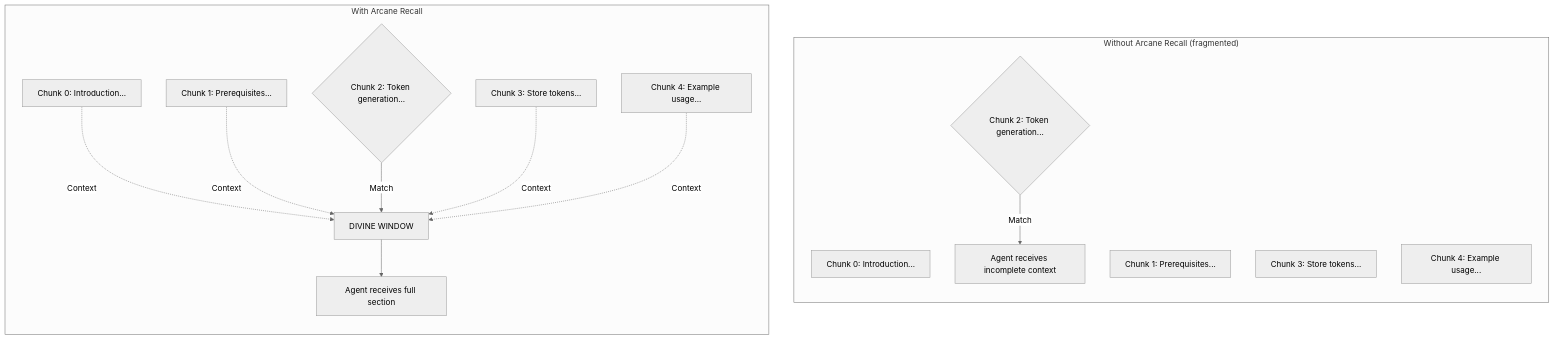
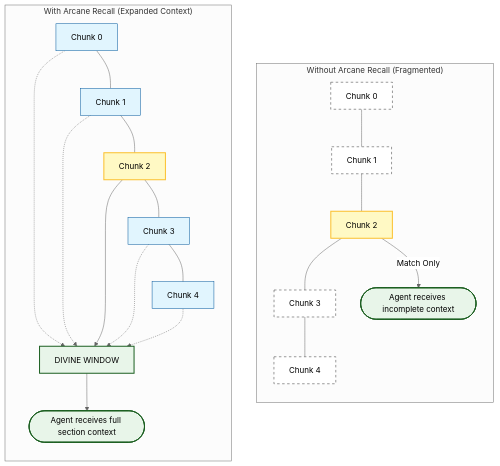
The diagram in docs/DESIGN.md (BansheeEmperor/candlekeep), drawn with Mermaid (neutral theme) before and after one commit. The commit also changed 1 other file, not shown here.

Commit message:
docs: enhance mermaid diagrams with improved layout and styling
Apply visual refinements to all system diagrams:
- System Architecture: grouped components with distinct color coding
- Three Roads: clearer decision flow and result status styling
- Concurrency Models: vertical layout for better mobile/narrow viewport readability
- Arcane Recall: improved visual comparison between fragmented and expanded context
- Stylistic Consistency: unified class definitions for matches, processes, and results

````diff
--- a/docs/DESIGN.md
+++ b/docs/DESIGN.md
@@ -41,30 +41,33 @@
 ```mermaid
 graph TD
-    subgraph Fragmented ["Without Arcane Recall (fragmented)"]
+    classDef chunk fill:#fff,stroke:#333,stroke-dasharray: 5 5;
+    classDef match fill:#fff9c4,stroke:#fbc02d,stroke-width:2px;
+    classDef context fill:#e1f5fe,stroke:#01579b,stroke-width:1px;
+    classDef result fill:#e8f5e9,stroke:#1b5e20,stroke-width:2px;
+
+    subgraph Fragmented ["Without Arcane Recall (Fragmented)"]
         direction TB
-        F0[Chunk 0: Introduction...]
-        F1[Chunk 1: Prerequisites...]
-        F2{Chunk 2: Token generation...}
-        F3[Chunk 3: Store tokens...]
-        F4[Chunk 4: Example usage...]
+        F0[Chunk 0] --- F1[Chunk 1] --- F2[Chunk 2] --- F3[Chunk 3] --- F4[Chunk 4]
+        class F0,F1,F3,F4 chunk;
+        class F2 match;
         
-        F2 -- Match --> AgentF[Agent receives incomplete context]
+        F2 -- "Match Only" --> AgentF([Agent receives incomplete context])
+        class AgentF result;
     end
 
-    subgraph Expanded ["With Arcane Recall"]
+    subgraph Expanded ["With Arcane Recall (Expanded Context)"]
         direction TB
-        E0[Chunk 0: Introduction...]
-        E1[Chunk 1: Prerequisites...]
-        E2{Chunk 2: Token generation...}
-        E3[Chunk 3: Store tokens...]
-        E4[Chunk 4: Example usage...]
+        E0[Chunk 0] --- E1[Chunk 1] --- E2[Chunk 2] --- E3[Chunk 3] --- E4[Chunk 4]
+        class E0,E1,E3,E4 context;
+        class E2 match;
         
-        E0 -. Context .-> Window
-        E1 -. Context .-> Window
-        E2 -- Match --> Window
-        E3 -. Context .-> Window
-        E4 -. Context .-> Window
+        E0 -.-> Window
+        E1 -.-> Window
+        E2 --> Window
+        E3 -.-> Window
+        E4 -.-> Window
         
-        Window[DIVINE WINDOW] --> AgentE[Agent receives full section]
+        Window[DIVINE WINDOW] --> AgentE([Agent receives full section context])
+        class Window,AgentE result;
     end
 ```
````
